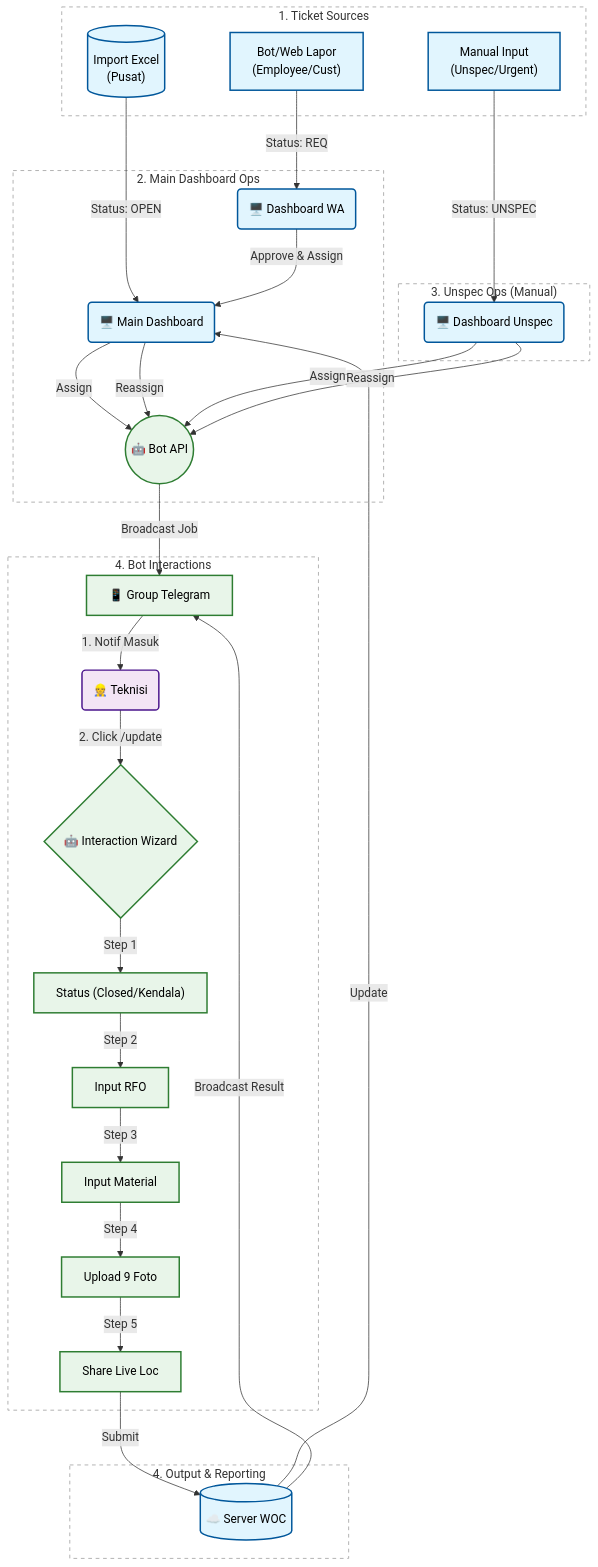
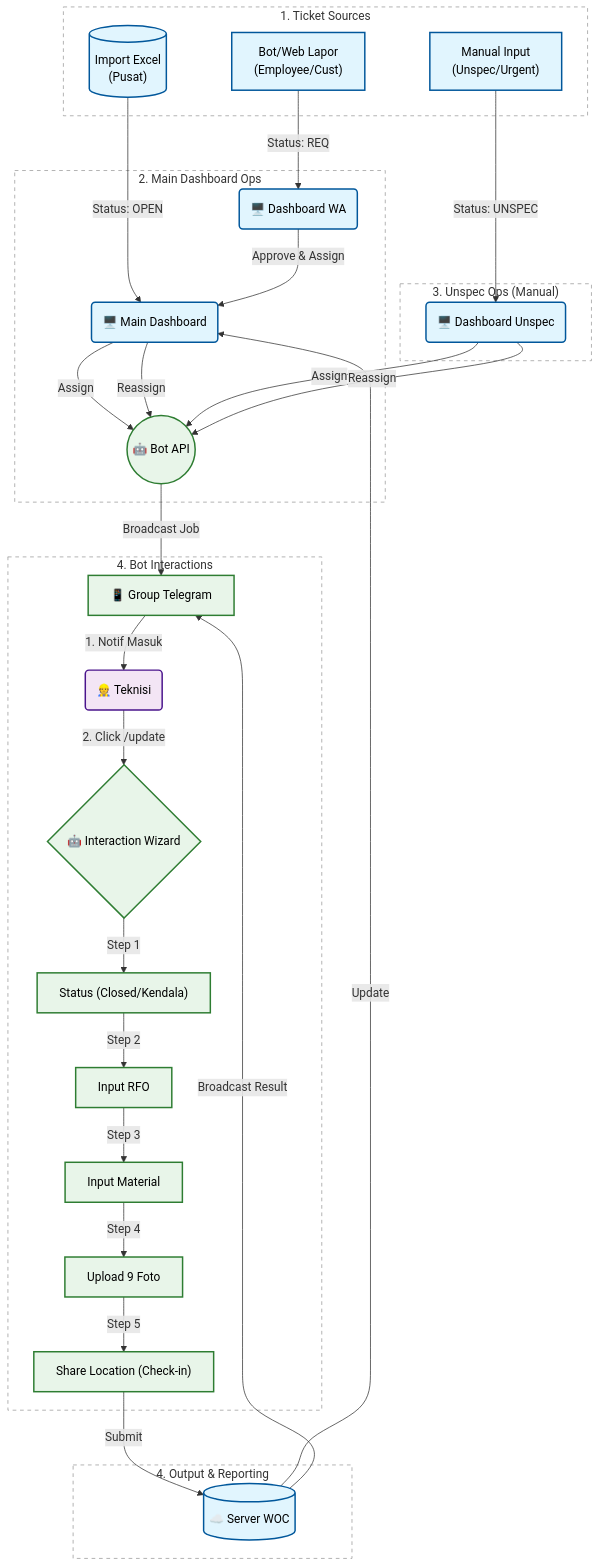
One commit to Just0rdinaryGuy/unspec-dash changed the diagram in WOC_MASTER_DOCUMENT.md. Above: the diagram before and after it, drawn with Mermaid. The commit also changed other lines of this file and 6 other files, not shown here.

````diff
--- a/WOC_MASTER_DOCUMENT.md
+++ b/WOC_MASTER_DOCUMENT.md
@@ -49,59 +49,59 @@
 ```mermaid
 graph TD
     %% Styling
     classDef dash fill:#e1f5fe,stroke:#01579b,stroke-width:2px,color:#000000;
     classDef bot fill:#e8f5e9,stroke:#2e7d32,stroke-width:2px,color:#000000;
     classDef actor fill:#f3e5f5,stroke:#4a148c,stroke-width:2px,color:#000000;
 
     %% Remove Subgraph Backgrounds
     style Sources fill:none,stroke:#999,stroke-width:1px,stroke-dasharray: 5 5
     style Dash fill:none,stroke:#999,stroke-width:1px,stroke-dasharray: 5 5
     style UnspecDash fill:none,stroke:#999,stroke-width:1px,stroke-dasharray: 5 5
     style Bot fill:none,stroke:#999,stroke-width:1px,stroke-dasharray: 5 5
     style Output fill:none,stroke:#999,stroke-width:1px,stroke-dasharray: 5 5
 
     subgraph Sources ["1. Ticket Sources"]
     S1[("Import Excel<br/>(Pusat)")]
     S2["Manual Input<br/>(Unspec/Urgent)"]
     S3["Bot/Web Lapor<br/>(Employee/Cust)"]
     end
     class S1,S2,S3 dash;
 
     subgraph Dash ["2. Main Dashboard Ops"]
     S1 -->|Status: OPEN| D_MAIN("🖥️ Main Dashboard")
     S3 -->|Status: REQ| D_WA("🖥️ Dashboard WA")
     D_WA -->|Approve & Assign| D_MAIN
     D_MAIN -->|Assign| BOT_API(("🤖 Bot API"))
     D_MAIN -->|Reassign | BOT_API
     end
     class D_MAIN,D_WA dash;
 
     subgraph UnspecDash ["3. Unspec Ops (Manual)"]
     S2 -->|Status: UNSPEC| D_UNSPEC("🖥️ Dashboard Unspec")
     D_UNSPEC -->|Assign| BOT_API
     D_UNSPEC -->|Reassign| BOT_API
     end
     class D_UNSPEC dash;
 
     subgraph Bot ["4. Bot Interactions"]
     BOT_API -->|Broadcast Job| TG_GROUP["📱 Group Telegram"]
     
     TG_GROUP -->|1. Notif Masuk| TECH("👷 Teknisi")
     TECH -->|2. Click /update| WIZARD{"🤖 Interaction Wizard"}
     
     WIZARD -->|Step 1| W_STAT["Status (Closed/Kendala)"]
     W_STAT -->|Step 2| W_RFO["Input RFO"]
     W_RFO -->|Step 3| W_MAT["Input Material"]
     W_MAT -->|Step 4| W_FOTO["Upload 9 Foto"]
-    W_FOTO -->|Step 5| W_LOC["Share Live Loc"]
+    W_FOTO -->|Step 5| W_LOC["Share Location (Check-in)"]
     end
     class BOT_API,TG_GROUP,WIZARD,W_STAT,W_RFO,W_MAT,W_FOTO,W_LOC bot;
     class TECH actor;
 
     subgraph Output ["4. Output & Reporting"]
     W_LOC -->|Submit| SERVER[("☁️ Server WOC")]
     SERVER -->|Update| D_MAIN
     SERVER -->|Broadcast Result| TG_GROUP
     end
     class SERVER dash;
 ```
````
